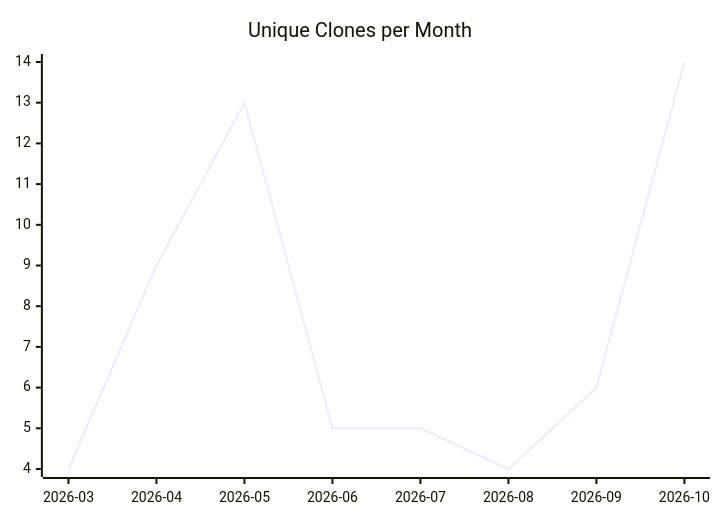
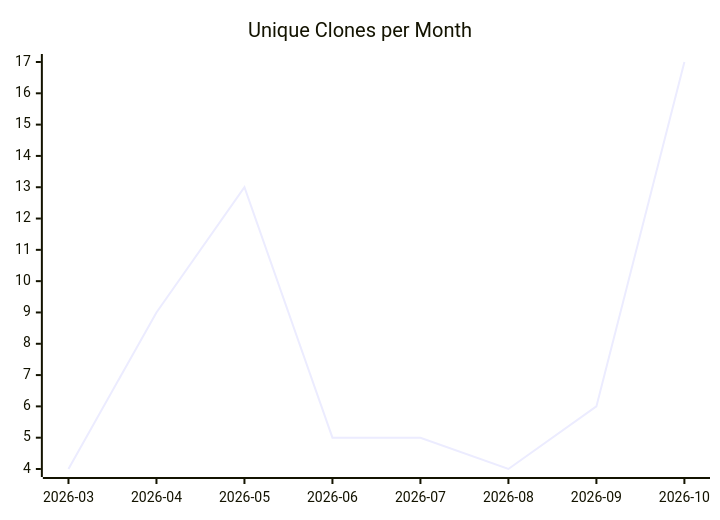
One commit to justdavis-family/github-analytics-data changed the third of 3 diagrams in karlmdavis/justdavis-puppet/README.md. Above: the diagram before and after it, drawn with Mermaid. The commit also changed other lines of this file and 198 other files, not shown here.

````diff
--- a/karlmdavis/justdavis-puppet/README.md
+++ b/karlmdavis/justdavis-puppet/README.md
@@ -19,6 +19,6 @@
 ```mermaid
 xychart-beta
   title "Unique Clones per Month"
   x-axis ["2026-03", "2026-04", "2026-05", "2026-06", "2026-07", "2026-08", "2026-09", "2026-10"]
-  line [4, 9, 13, 5, 5, 4, 6, 14]
+  line [4, 9, 13, 5, 5, 4, 6, 17]
 ```
````
